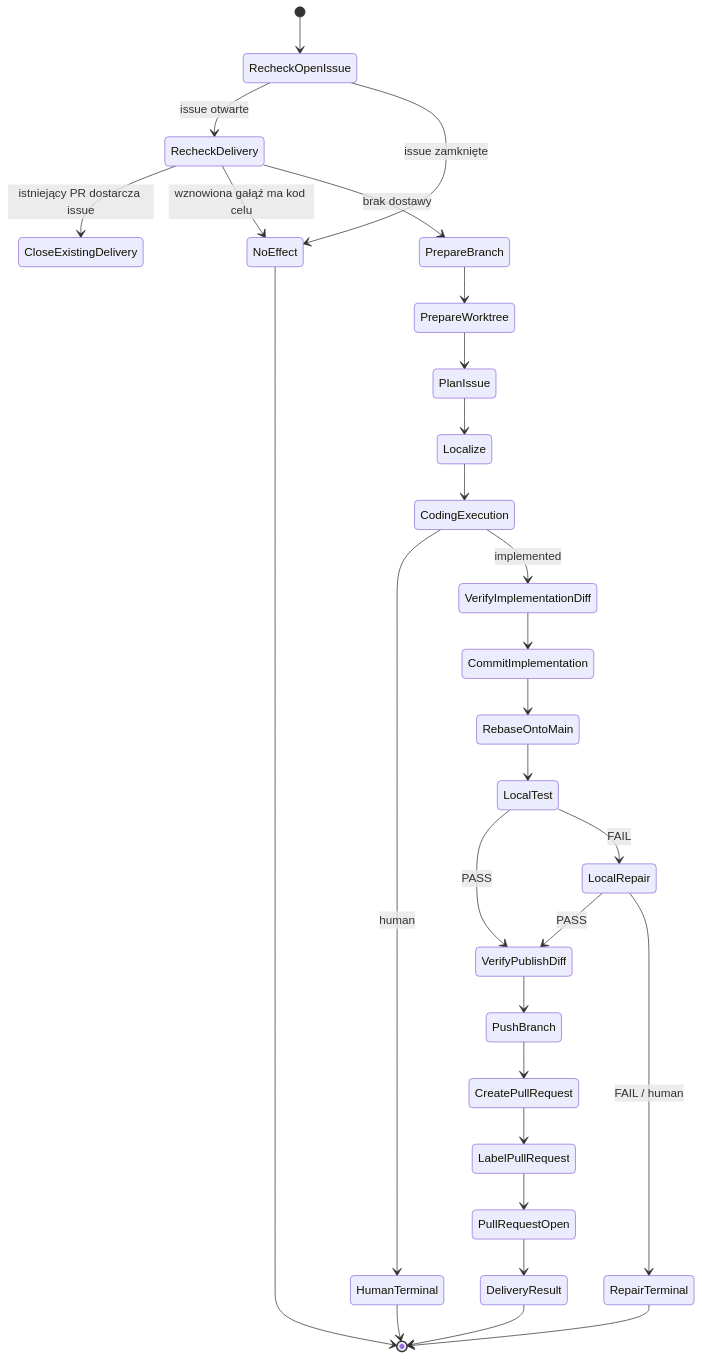
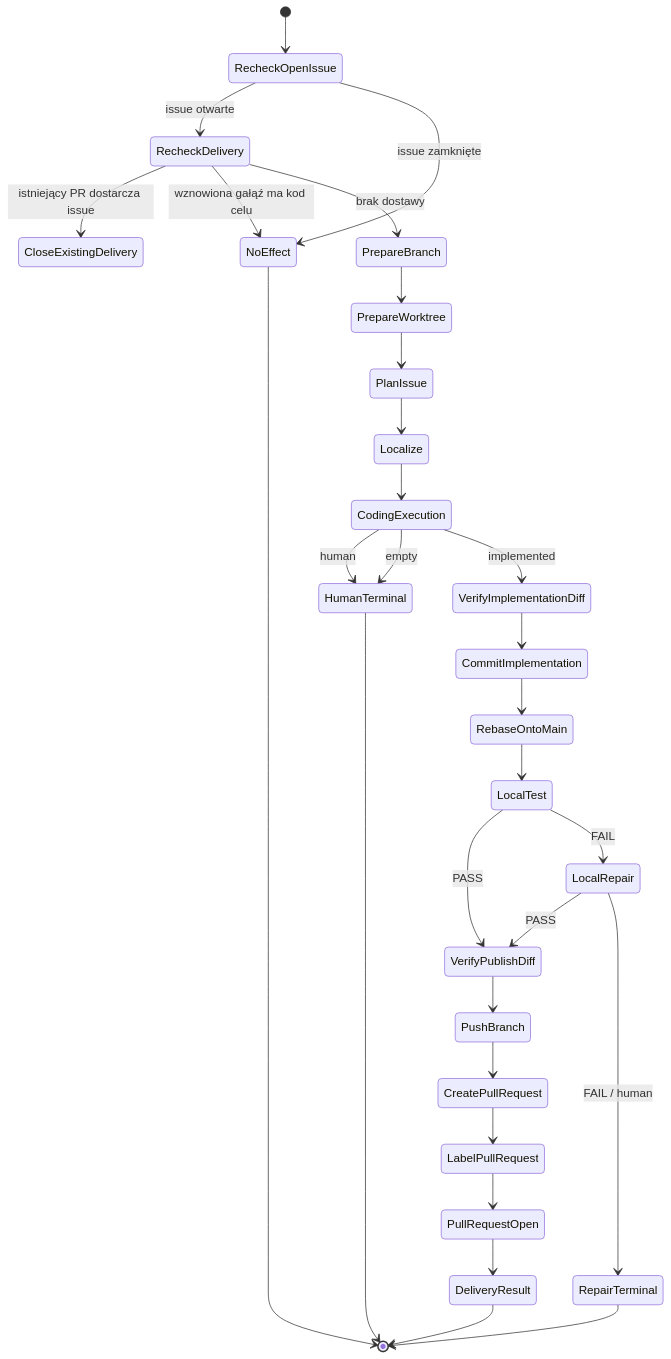
Before and after one commit to mikolaj92/lokay: diagram 40 of 45 in README.md, drawn with Mermaid. The commit also changed other lines of this file and 14 other files, not shown here.

First line of the commit message:
Isolate coding_execution Fala journals and classify empty children.

````diff
--- a/README.md
+++ b/README.md
@@ -1088,31 +1088,32 @@
 ```mermaid
 stateDiagram-v2
     [*] --> RecheckOpenIssue
     RecheckOpenIssue --> RecheckDelivery: issue otwarte
     RecheckOpenIssue --> NoEffect: issue zamknięte
     RecheckDelivery --> CloseExistingDelivery: istniejący PR dostarcza issue
     RecheckDelivery --> NoEffect: wznowiona gałąź ma kod celu
     RecheckDelivery --> PrepareBranch: brak dostawy
     PrepareBranch --> PrepareWorktree
     PrepareWorktree --> PlanIssue
     PlanIssue --> Localize
     Localize --> CodingExecution
     CodingExecution --> HumanTerminal: human
+    CodingExecution --> HumanTerminal: empty
     CodingExecution --> VerifyImplementationDiff: implemented
     VerifyImplementationDiff --> CommitImplementation
     CommitImplementation --> RebaseOntoMain
     RebaseOntoMain --> LocalTest
     LocalTest --> VerifyPublishDiff: PASS
     LocalTest --> LocalRepair: FAIL
     LocalRepair --> VerifyPublishDiff: PASS
     LocalRepair --> RepairTerminal: FAIL / human
     VerifyPublishDiff --> PushBranch
     PushBranch --> CreatePullRequest
     CreatePullRequest --> LabelPullRequest
     LabelPullRequest --> PullRequestOpen
     PullRequestOpen --> DeliveryResult
     DeliveryResult --> [*]
     NoEffect --> [*]
     HumanTerminal --> [*]
     RepairTerminal --> [*]
 ```
````
